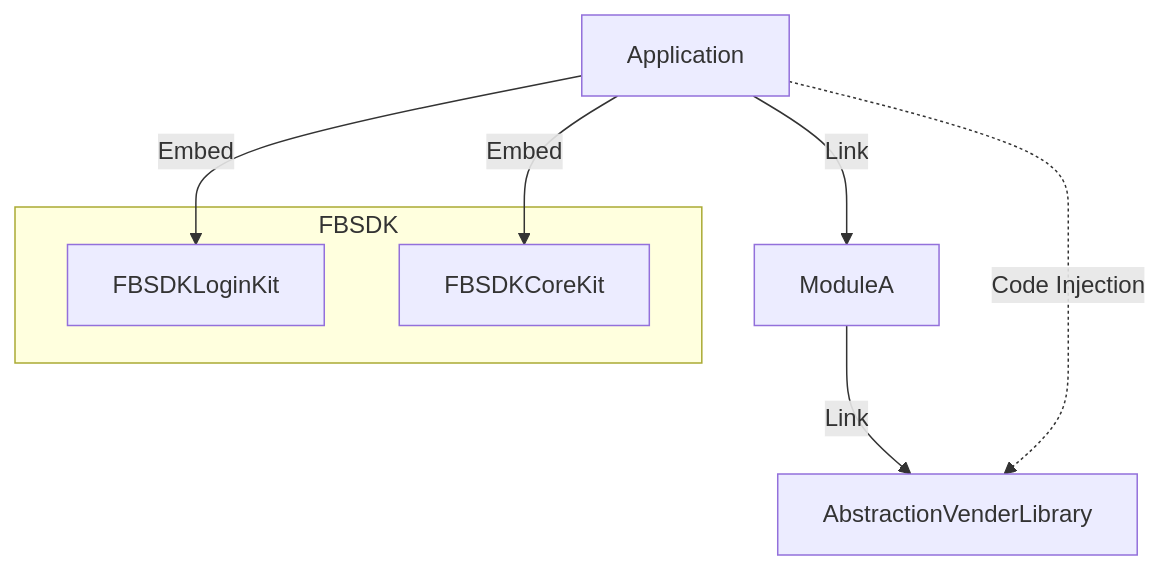
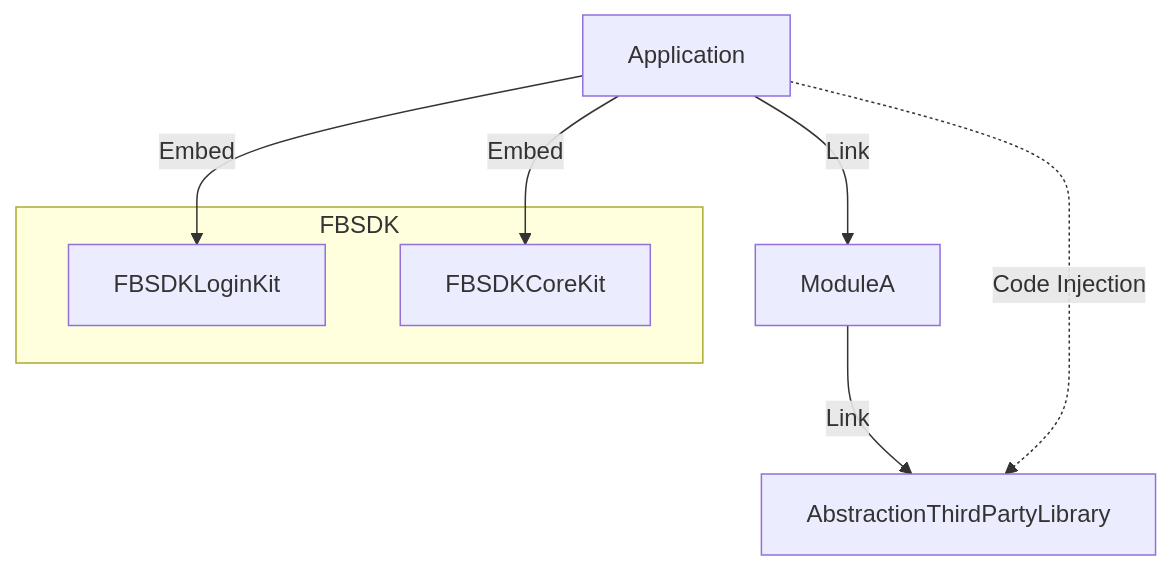
The second of 3 diagrams in _posts/2021/04/2021-04-16-managed-3rd-party-library-static-dynamic.md (minsOne/minsOne.github.io), drawn with Mermaid before and after one commit. The commit also changed other lines of this file, not shown here.

```diff
--- a/_posts/2021/04/2021-04-16-managed-3rd-party-library-static-dynamic.md
+++ b/_posts/2021/04/2021-04-16-managed-3rd-party-library-static-dynamic.md
@@ -146,11 +152,11 @@
 {% mermaid %}
 graph TD;
 	subgraph FBSDK
 	FBSDKLoginKit
 	FBSDKCoreKit
 	end
 	Application-- Embed -->FBSDKLoginKit & FBSDKCoreKit;
 	Application-- Link -->ModuleA;
-	ModuleA-- Link -->AbstractionVenderLibrary;
-	Application-. Code Injection .->AbstractionVenderLibrary;
+	ModuleA-- Link -->AbstractionThirdPartyLibrary;
+	Application-. Code Injection .->AbstractionThirdPartyLibrary;
 {% endmermaid %}
```
